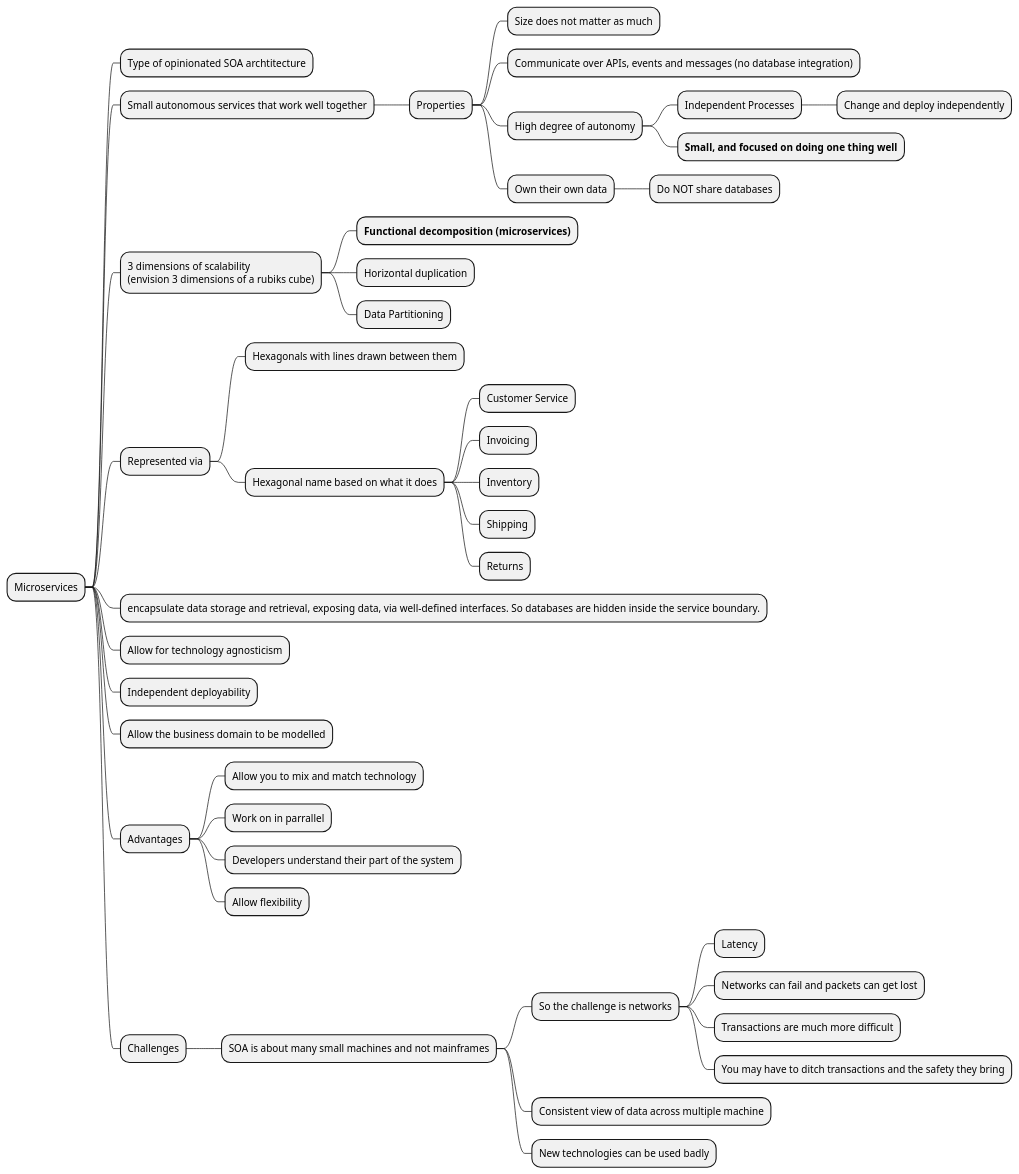
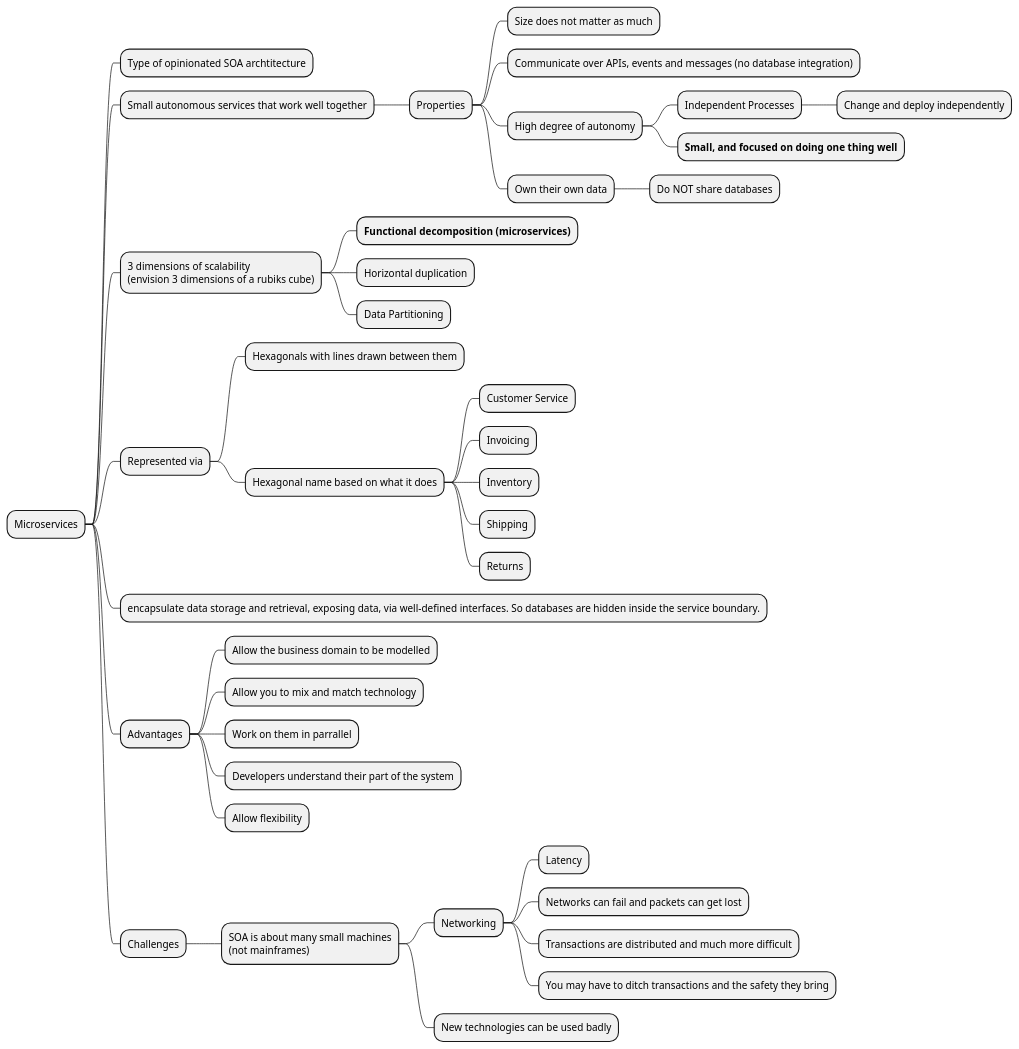
Before and after one commit to bobbyache/study-diagrams: the diagram in microservices/top-level.plantuml, drawn with PlantUML. The commit also changed 2 other files, not shown here.

```diff
--- a/microservices/top-level.plantuml
+++ b/microservices/top-level.plantuml
@@ -1,127 +1,66 @@
 @startmindmap
 
 + Microservices
 
 ++ Type of opinionated SOA archtitecture
 ++ Small autonomous services that work well together
 +++ Properties
 ++++ Size does not matter as much
 ++++ Communicate over APIs, events and messages (no database integration)
 ++++ High degree of autonomy
 +++++ Independent Processes
 ++++++ Change and deploy independently
 +++++ **Small, and focused on doing one thing well**
 ++++ Own their own data
 +++++ Do NOT share databases
 
 ++ 3 dimensions of scalability\n(envision 3 dimensions of a rubiks cube)
 +++ **Functional decomposition (microservices)**
 +++ Horizontal duplication
 +++ Data Partitioning
 
 ++ Represented via
 +++ Hexagonals with lines drawn between them
 +++ Hexagonal name based on what it does
 ++++ Customer Service
 ++++ Invoicing
 ++++ Inventory
 ++++ Shipping
 ++++ Returns
 ++ encapsulate data storage and retrieval, exposing data, via well-defined interfaces. So databases are hidden inside the service boundary.
-++ Allow for technology agnosticism
-++ Independent deployability
 
-++ Allow the business domain to be modelled
+
 ++ Advantages
++++ Allow the business domain to be modelled
 +++ Allow you to mix and match technology
-+++ Work on in parrallel
++++ Work on them in parrallel
 +++ Developers understand their part of the system
 +++ Allow flexibility
+
 ++ Challenges
-+++ SOA is about many small machines and not mainframes
-++++ So the challenge is networks
++++ SOA is about many small machines\n(not mainframes)
+++++ Networking
 +++++ Latency
 +++++ Networks can fail and packets can get lost
-+++++ Transactions are much more difficult
++++++ Transactions are distributed and much more difficult
 +++++ You may have to ditch transactions and the safety they bring
-++++ Consistent view of data across multiple machine
 ++++ New technologies can be used badly
 
 
-' + Binary Trees
+
 ' ++_ Path finding, building paths, determining paths **best done recursively**
 ' ++_ With recursion, establish consistent type for base cases
 ' ++_ Trees never have cycles.
 
 ' ++ Basic Traversals
 ' +++ Can be done iteratively (breadth or depth-first)\n...and recursively
 ' +++[#lightgreen] Tree sum
 ' +++[#lightgreen] Tree includes
 ' +++[#lightgreen] Tree min sum
 
-' ++[#lightgreen] Max Root to Leaf Path Sum
-' +++_ Best solved with a depth-first, recursive approach
 
-' ++[#lightgreen] Value count
-' +++_ Base case null node returns 0
-' +++_ Ternary operator to check for value match, 1 if matched
-' +++_ Add left and right with 1 if value matched.
-
-' ++[#lightgreen] How high
-' +++_ Solution is **recursive**
-' ++++_ Base case null node is given value -1
-' ++++_ Higher level recursive calls add 1 to max value logic
-' +++_ It **can be done iteratively**
-
-' ++[#lightgreen] Bottom Right Value
-' +++_ Breadth-first traversal
-' +++_ First queue left, then right. Last item dequeued is answer
-
-' ++[#lightgreen] Leaf List
-' +++_ Single dimension array construction
-' +++_ Must use a depth-first
-' ++++_ Leaves can be found on all levels
-' ++++_ (breadth-first might find right leaves first)
-' +++_ Recursive
-' ++++_ Use helper function
-' ++++_ Recursive call passes by ref leaf values array
-
-' ++ 2-D Array\nConstruction
-
-' +++[#lightgreen] Tree Path Finder
-' ++++_ Solution is **recursive**
-' ++++_ Returns an array of values
-' ++++_ Base cases should be null or a leave node value as single item array
-' ++++_ Avoid array building inefficiency
-' +++++_ helper recursive function
-' +++++_ push rather than shift
-' +++++_ reverse result array in top level function
-
-' +++[#lightgreen] All Tree Paths
-' ++++_ Solution is **recursive**
-' ++++_ Important pattern involving array construction
-' ++++_ Better efficiency
-' +++++_ rather push onto inner array
-' +++++_ reverse all inner arrays after construction
-' ++++_ Base cases
-' +++++_ Null nodes are empty arrays
-' +++++_ Leaf nodes are 2 dimensional.
-' ++++++_ 1 outer array containing...
-' ++++++_ a single node inner array.
-
-
-' +++[#lightgreen] Tree levels
-' ++++_ Iterative
-' +++++_ Solved with depth or breadth first
-' +++++_ Store level with node on stack or queue
-' ++++_ Recursive
-' +++++_ Use helper function
-' +++++_ Recursive call passes by ref levels array with level
-
-' ++++[#lightgreen] Level Averages
-' +++++_ Variation of **Tree Levels**
 
 
 
 
 @endmindmap
```
